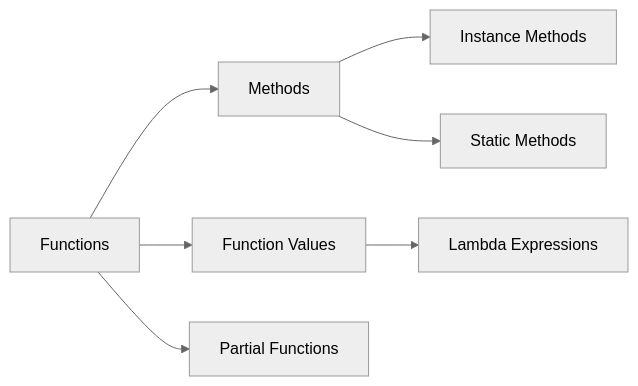
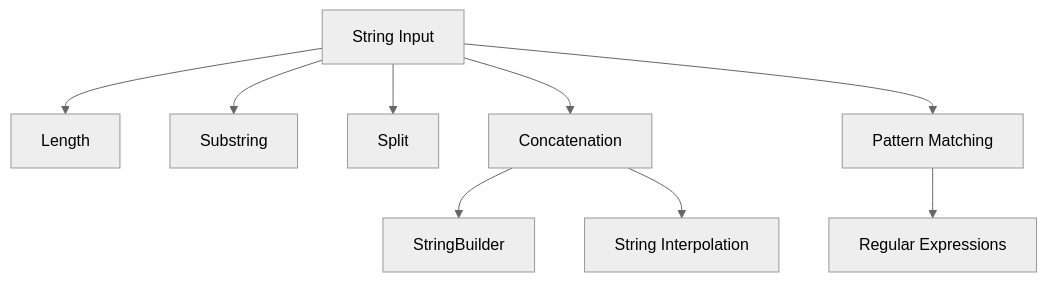
Before and after one commit to veltzer/teaching-slides: the diagram in mermaid/marp/courses/apache-spark-with-scala/00_scala_refresher.md/3.mmd, drawn with Mermaid (neutral theme). The commit also changed 18 other files, not shown here.

```diff
--- a/mermaid/marp/courses/apache-spark-with-scala/00_scala_refresher.md/3.mmd
+++ b/mermaid/marp/courses/apache-spark-with-scala/00_scala_refresher.md/3.mmd
@@ -1,7 +1,9 @@
-graph LR
-    A[Functions] --> B[Methods]
-    A --> C[Function Values]
-    A --> D[Partial Functions]
-    B --> E[Instance Methods]
-    B --> F[Static Methods]
-    C --> G[Lambda Expressions]
+flowchart TD
+    A[String Input] --> B[Length]
+    A --> C[Substring]
+    A --> D[Split]
+    A --> E[Concatenation]
+    E --> F[StringBuilder]
+    E --> G[String Interpolation]
+    A --> H[Pattern Matching]
+    H --> I[Regular Expressions]
```
